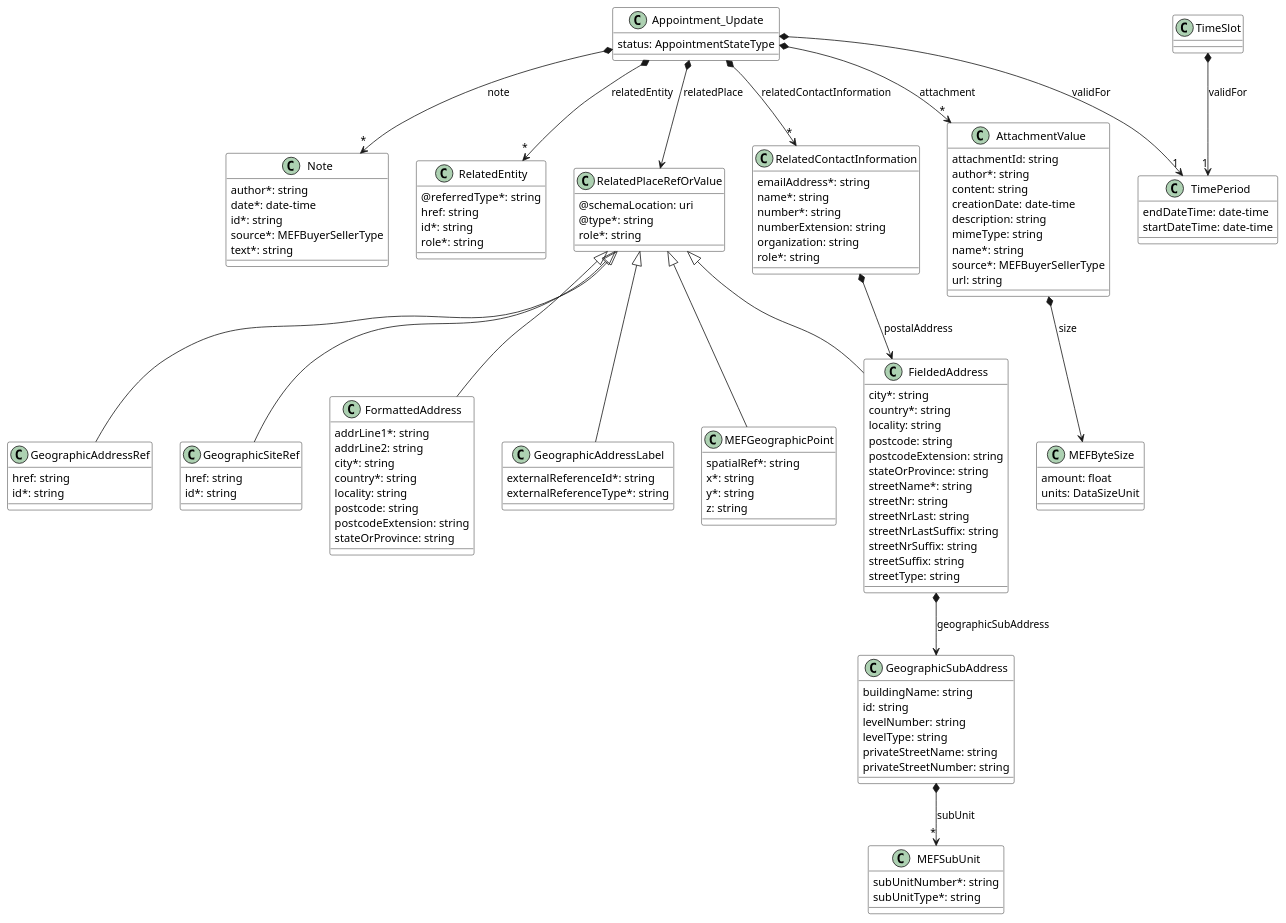
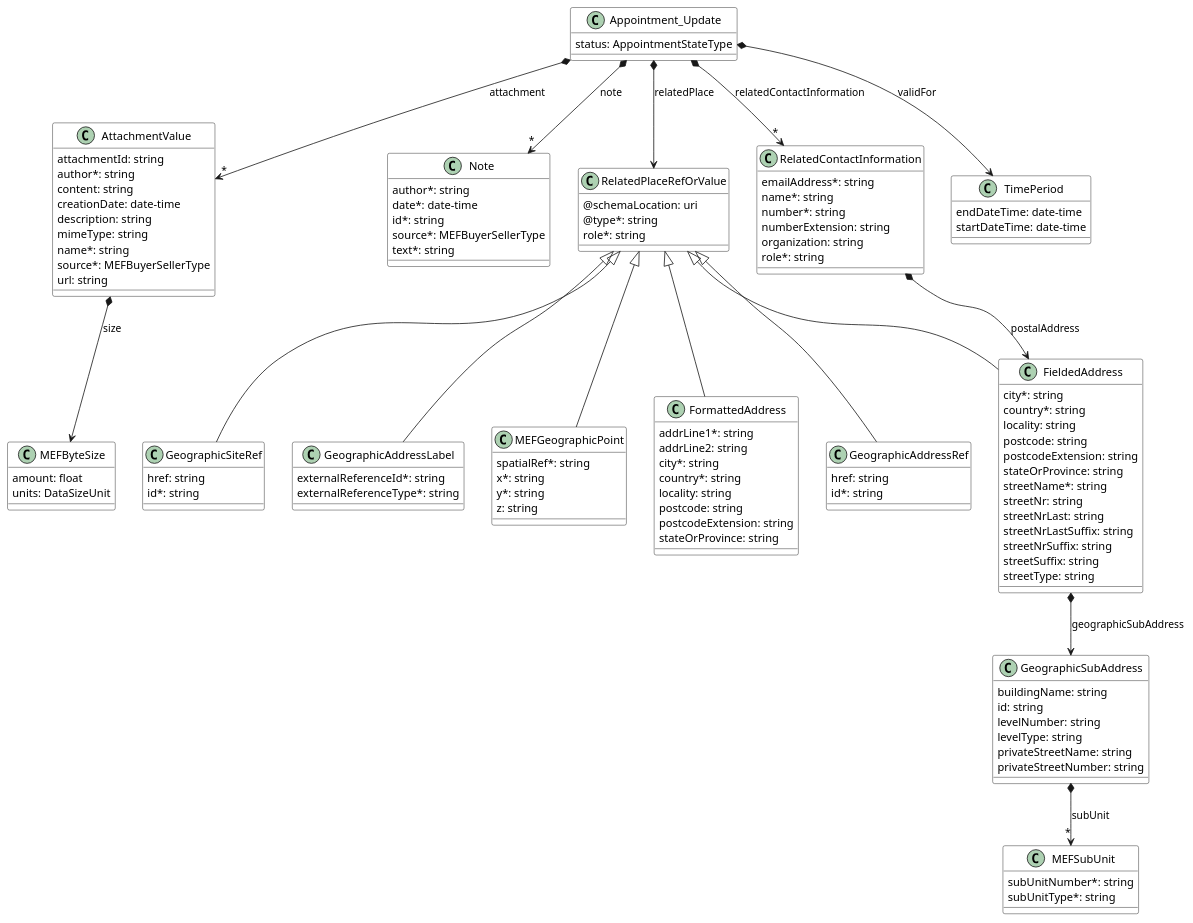
Before and after one commit to MEF-GIT/MEF-LSO-Sonata-SDK: the diagram in documentation/productApi/workforce/media/src/useCase11PatchModel.puml, drawn with PlantUML. The commit also changed 382 other files, not shown here.

```diff
--- a/documentation/productApi/workforce/media/src/useCase11PatchModel.puml
+++ b/documentation/productApi/workforce/media/src/useCase11PatchModel.puml
@@ -1,191 +1,172 @@
 @startuml
 skinparam {
     ClassBackgroundColor White
     ClassBorderColor Black
 }
 
 class Appointment_Update {
 
     status: AppointmentStateType
 }
 
 Appointment_Update *-->"*" AttachmentValue : attachment
 Appointment_Update *-->"*" Note : note
-Appointment_Update *-->"*" RelatedEntity : relatedEntity
 Appointment_Update *--> RelatedPlaceRefOrValue : relatedPlace
-Appointment_Update *-->"1" TimePeriod : validFor
 Appointment_Update *-->"*" RelatedContactInformation : relatedContactInformation
+Appointment_Update *--> TimePeriod : validFor
 
 
 class AttachmentValue {
 
     attachmentId: string
     author*: string
     content: string
     creationDate: date-time
     description: string
     mimeType: string
     name*: string
     source*: MEFBuyerSellerType
     url: string
 }
 
 AttachmentValue *--> MEFByteSize : size
 
 
 class FormattedAddress {
 
     addrLine1*: string
     addrLine2: string
     city*: string
     country*: string
     locality: string
     postcode: string
     postcodeExtension: string
     stateOrProvince: string
 }
 RelatedPlaceRefOrValue <|-- FormattedAddress
 
 
 
 class GeographicAddressRef {
 
     href: string
     id*: string
 }
 RelatedPlaceRefOrValue <|-- GeographicAddressRef
 
 
 
 class GeographicSiteRef {
 
     href: string
     id*: string
 }
 RelatedPlaceRefOrValue <|-- GeographicSiteRef
 
 
 
 class GeographicSubAddress {
 
     buildingName: string
     id: string
     levelNumber: string
     levelType: string
     privateStreetName: string
     privateStreetNumber: string
 }
 
 GeographicSubAddress *-->"*" MEFSubUnit : subUnit
 
 class MEFByteSize {
 
     amount: float
     units: DataSizeUnit
 }
 
 
 
 class MEFSubUnit {
 
     subUnitNumber*: string
     subUnitType*: string
 }
 
 
 
 class Note {
 
     author*: string
     date*: date-time
     id*: string
     source*: MEFBuyerSellerType
     text*: string
 }
 
 
 
 class RelatedContactInformation {
 
     emailAddress*: string
     name*: string
     number*: string
     numberExtension: string
     organization: string
     role*: string
 }
 
 RelatedContactInformation *--> FieldedAddress : postalAddress
 
 
-class RelatedEntity {
-
-    @referredType*: string
-    href: string
-    id*: string
-    role*: string
-}
-
-
 class TimePeriod {
 
     endDateTime: date-time
     startDateTime: date-time
 }
 
 class FieldedAddress {
 
     city*: string
     country*: string
     locality: string
     postcode: string
     postcodeExtension: string
     stateOrProvince: string
     streetName*: string
     streetNr: string
     streetNrLast: string
     streetNrLastSuffix: string
     streetNrSuffix: string
     streetSuffix: string
     streetType: string
 }
 RelatedPlaceRefOrValue <|-- FieldedAddress
 
 FieldedAddress *--> GeographicSubAddress : geographicSubAddress
 
 
 class GeographicAddressLabel {
 
     externalReferenceId*: string
     externalReferenceType*: string
 }
 RelatedPlaceRefOrValue <|-- GeographicAddressLabel
 
 
 
 class RelatedPlaceRefOrValue {
 
     @schemaLocation: uri
     @type*: string
     role*: string
 }
 
 class MEFGeographicPoint {
 
     spatialRef*: string
     x*: string
     y*: string
     z: string
 }
 RelatedPlaceRefOrValue <|-- MEFGeographicPoint
 
-
-
-class TimeSlot {
-
-}
-
-TimeSlot *-->"1" TimePeriod : validFor
-
-
 @enduml
```
